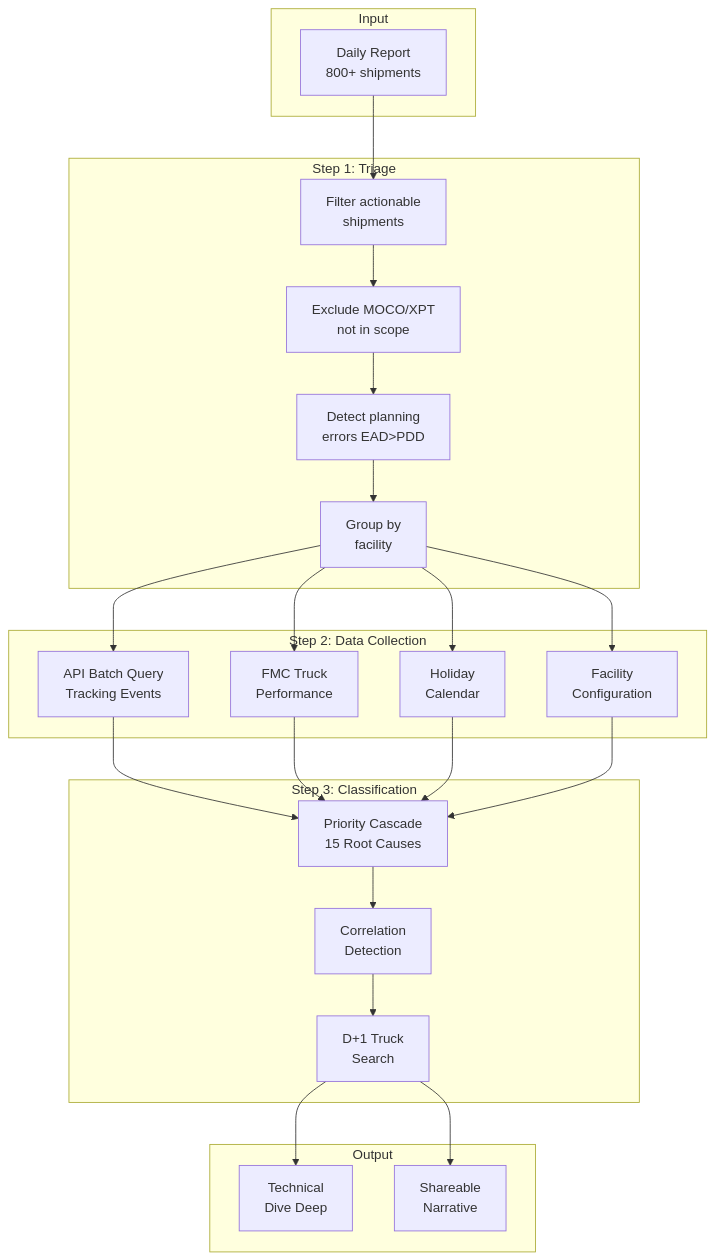
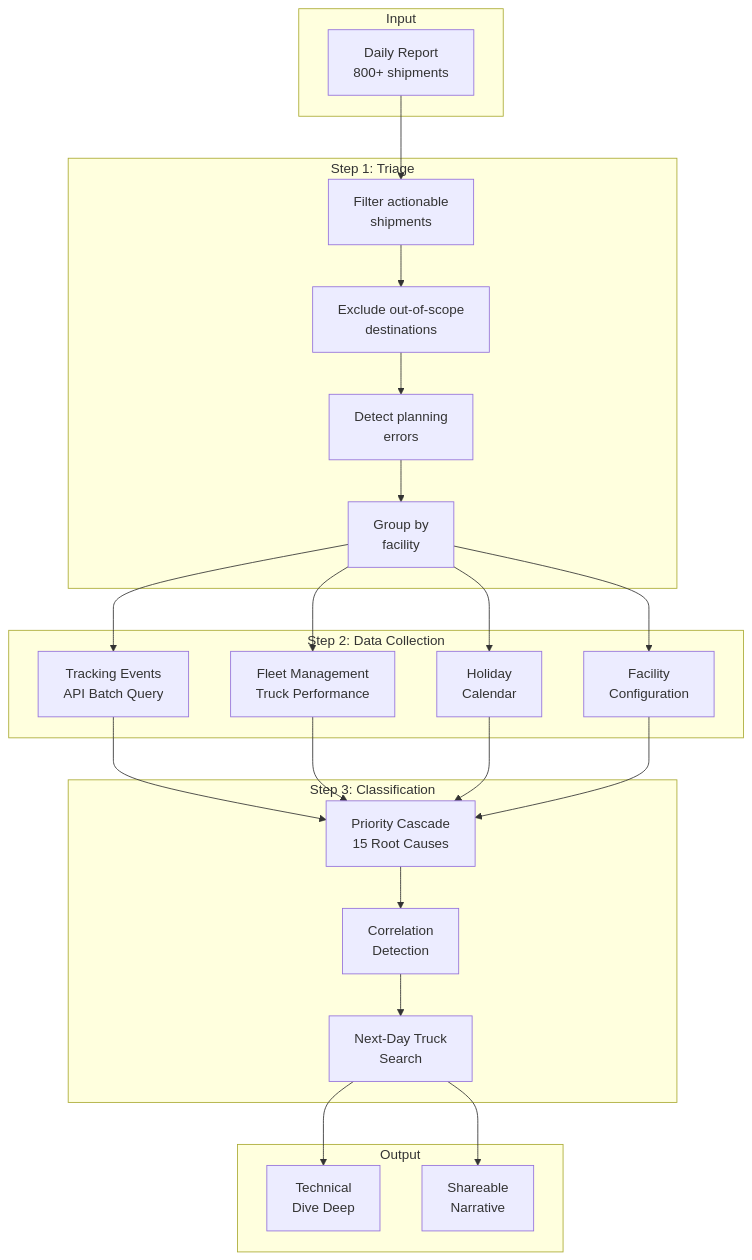
One commit to bladijm-design/operations-audit-portfolio changed the diagram in 02-mnr-root-cause-engine/README.md. Above: the diagram before and after it, drawn with Mermaid. The commit also changed other lines of this file and 6 other files, not shown here.

````diff
--- a/02-mnr-root-cause-engine/README.md
+++ b/02-mnr-root-cause-engine/README.md
@@ -25,48 +25,48 @@
 ```mermaid
 flowchart TD
     subgraph Input
         A[Daily Report<br/>800+ shipments]
     end
 
     subgraph "Step 1: Triage"
         B1[Filter actionable<br/>shipments]
-        B2[Exclude MOCO/XPT<br/>not in scope]
-        B3[Detect planning<br/>errors EAD>PDD]
+        B2[Exclude out-of-scope<br/>destinations]
+        B3[Detect planning<br/>errors]
         B4[Group by<br/>facility]
     end
 
     subgraph "Step 2: Data Collection"
-        C1[API Batch Query<br/>Tracking Events]
-        C2[FMC Truck<br/>Performance]
+        C1[Tracking Events<br/>API Batch Query]
+        C2[Fleet Management<br/>Truck Performance]
         C3[Holiday<br/>Calendar]
         C4[Facility<br/>Configuration]
     end
 
     subgraph "Step 3: Classification"
         D1[Priority Cascade<br/>15 Root Causes]
         D2[Correlation<br/>Detection]
-        D3[D+1 Truck<br/>Search]
+        D3[Next-Day Truck<br/>Search]
     end
 
     subgraph Output
         E1[Technical<br/>Dive Deep]
         E2[Shareable<br/>Narrative]
     end
 
     A --> B1
     B1 --> B2
     B2 --> B3
     B3 --> B4
     B4 --> C1
     B4 --> C2
     B4 --> C3
     B4 --> C4
     C1 --> D1
     C2 --> D1
     C3 --> D1
     C4 --> D1
     D1 --> D2
     D2 --> D3
     D3 --> E1
     D3 --> E2
 ```
````
